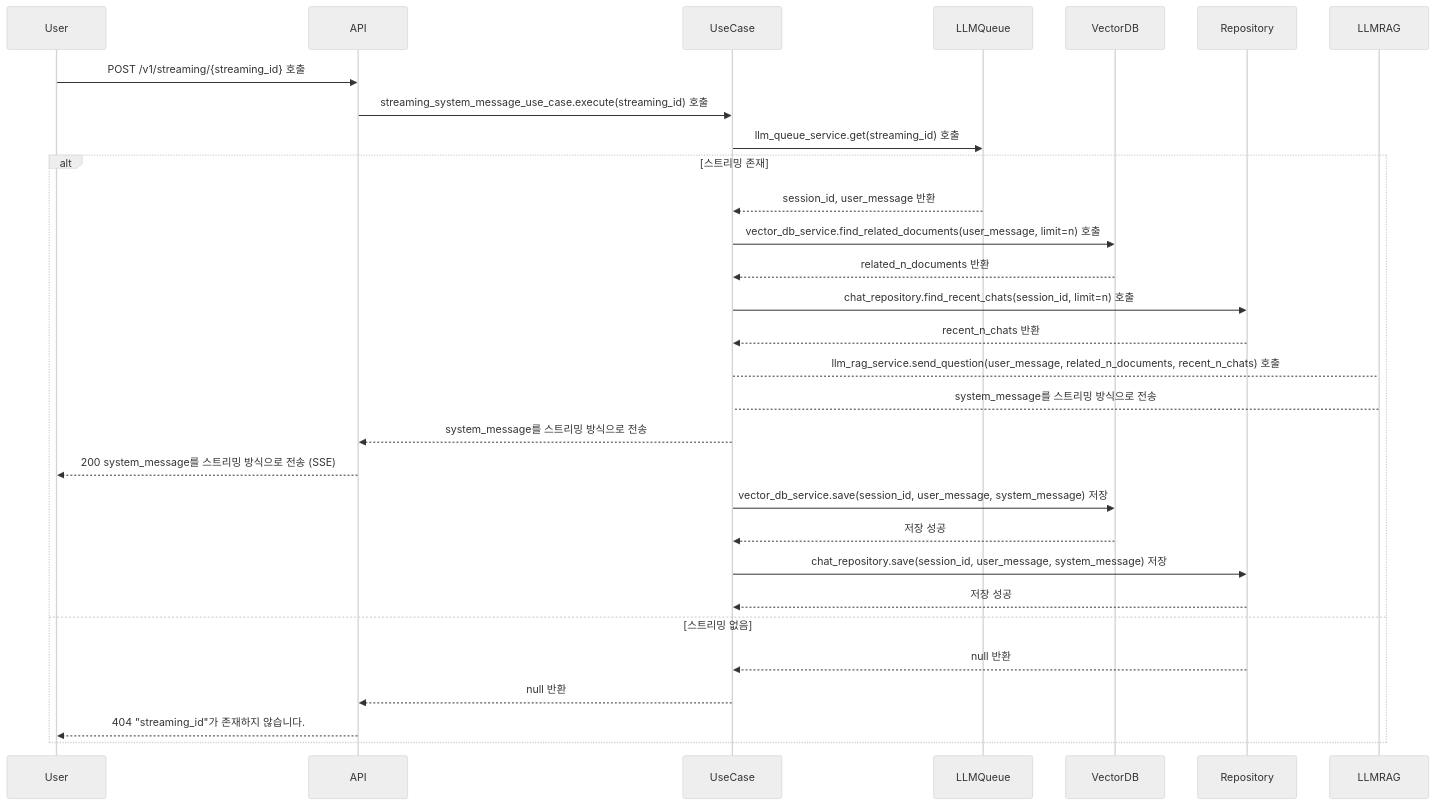
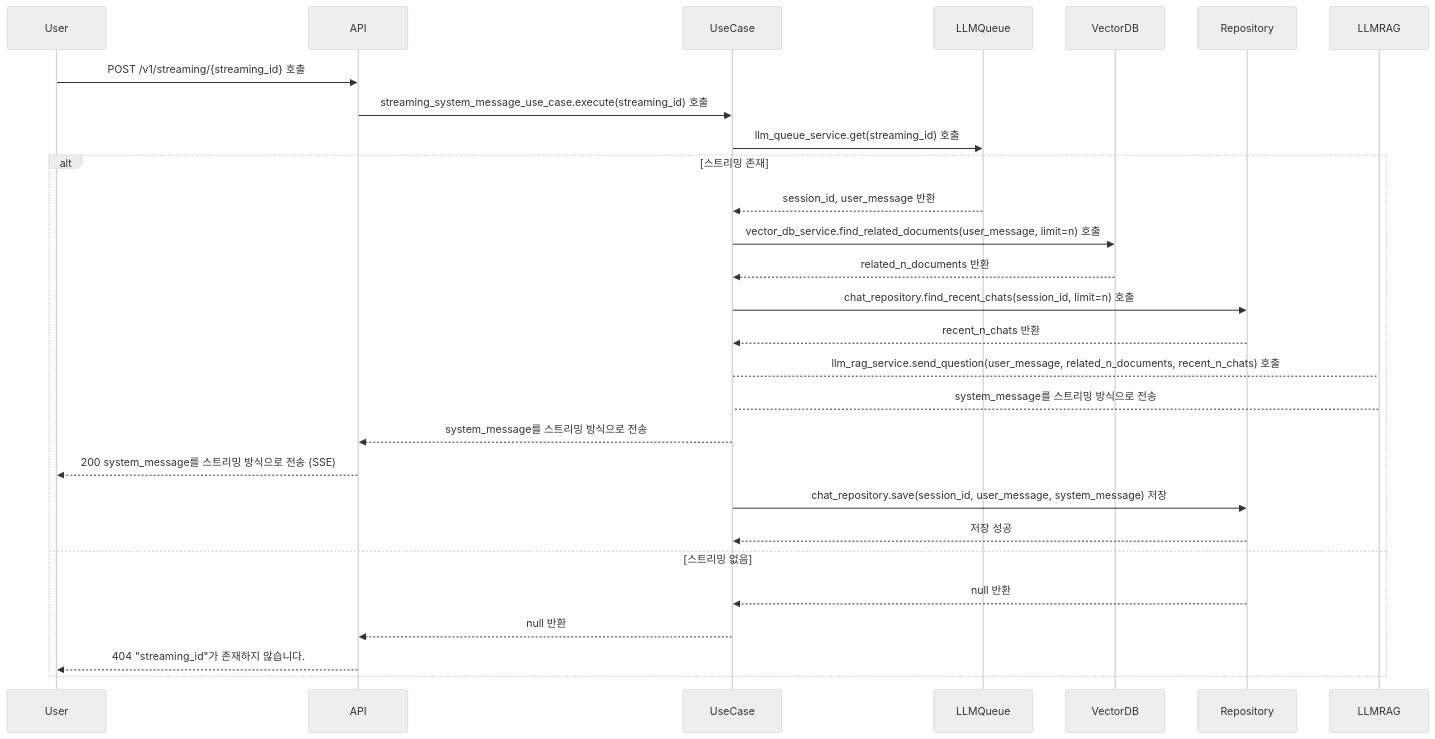
Before and after one commit to JeHwanYoo/naver-smart-store-rag-chatbot: the fourth of 4 diagrams in README.md, drawn with Mermaid (neutral theme). The commit also changed 2 other files, not shown here.

Commit message:
✨feat(domain): 대화 내용 저장 구현

````diff
--- a/README.md
+++ b/README.md
@@ -240,25 +240,23 @@
 ```mermaid
 sequenceDiagram
     User ->> API: POST /v1/streaming/{streaming_id} 호출
     API ->> UseCase: streaming_system_message_use_case.execute(streaming_id) 호출
     UseCase ->> LLMQueue: llm_queue_service.get(streaming_id) 호출
     alt 스트리밍 존재
         LLMQueue -->> UseCase: session_id, user_message 반환
         UseCase ->> VectorDB: vector_db_service.find_related_documents(user_message, limit=n) 호출
         VectorDB -->> UseCase: related_n_documents 반환
         UseCase ->> Repository: chat_repository.find_recent_chats(session_id, limit=n) 호출
         Repository -->> UseCase: recent_n_chats 반환
         UseCase --> LLMRAG: llm_rag_service.send_question(user_message, related_n_documents, recent_n_chats) 호출
         LLMRAG --> UseCase: system_message를 스트리밍 방식으로 전송
         UseCase -->> API: system_message를 스트리밍 방식으로 전송
         API -->> User: 200 system_message를 스트리밍 방식으로 전송 (SSE)
-        UseCase ->> VectorDB: vector_db_service.save(session_id, user_message, system_message) 저장
-        VectorDB -->> UseCase: 저장 성공
         UseCase ->> Repository: chat_repository.save(session_id, user_message, system_message) 저장
         Repository -->> UseCase: 저장 성공
     else 스트리밍 없음
         Repository -->> UseCase: null 반환
         UseCase -->> API: null 반환
         API -->> User: 404 "streaming_id"가 존재하지 않습니다.
     end
 ```
````
